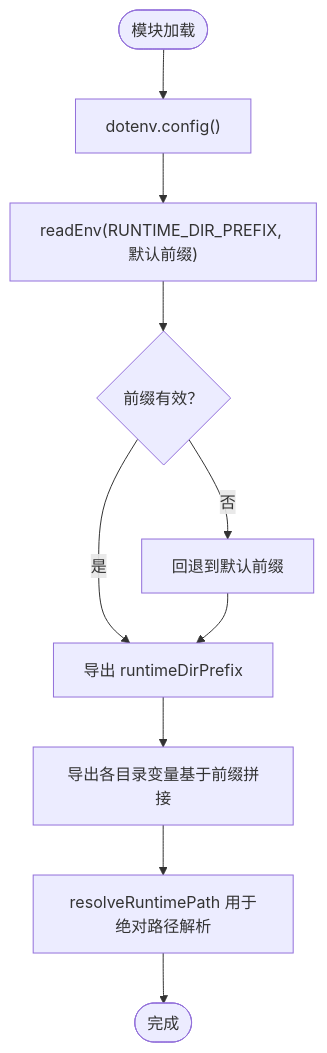
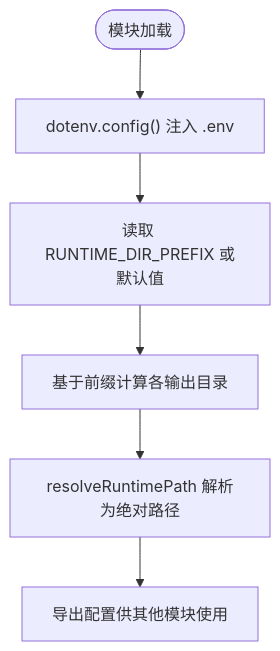
Before and after one commit to Jiane-EJ/playwright-mind: the third of 6 diagrams in .qoder/repowiki/zh/content/配置管理系统/环境变量管理.md, drawn with Mermaid. The commit also changed other lines of this file and 151 other files, not shown here.

````diff
--- a/.qoder/repowiki/zh/content/配置管理系统/环境变量管理.md
+++ b/.qoder/repowiki/zh/content/配置管理系统/环境变量管理.md
@@ -151,12 +164,8 @@
 ```mermaid
 flowchart TD
-Start(["模块加载"]) --> Dotenv["dotenv.config()"]
-Dotenv --> ReadPrefix["readEnv(RUNTIME_DIR_PREFIX, 默认前缀)"]
-ReadPrefix --> PrefixOK{"前缀有效？"}
-PrefixOK --> |是| ExportPrefix["导出 runtimeDirPrefix"]
-PrefixOK --> |否| FallbackPrefix["回退到默认前缀"]
-FallbackPrefix --> ExportPrefix
-ExportPrefix --> ExportDirs["导出各目录变量基于前缀拼接"]
-ExportDirs --> Resolve["resolveRuntimePath 用于绝对路径解析"]
-Resolve --> End(["完成"])
+Start(["模块加载"]) --> LoadEnv["dotenv.config() 注入 .env"]
+LoadEnv --> ReadPrefix["读取 RUNTIME_DIR_PREFIX 或默认值"]
+ReadPrefix --> ComputeDirs["基于前缀计算各输出目录"]
+ComputeDirs --> ResolveAbs["resolveRuntimePath 解析为绝对路径"]
+ResolveAbs --> ExportCfg["导出配置供其他模块使用"]
 ```
````
